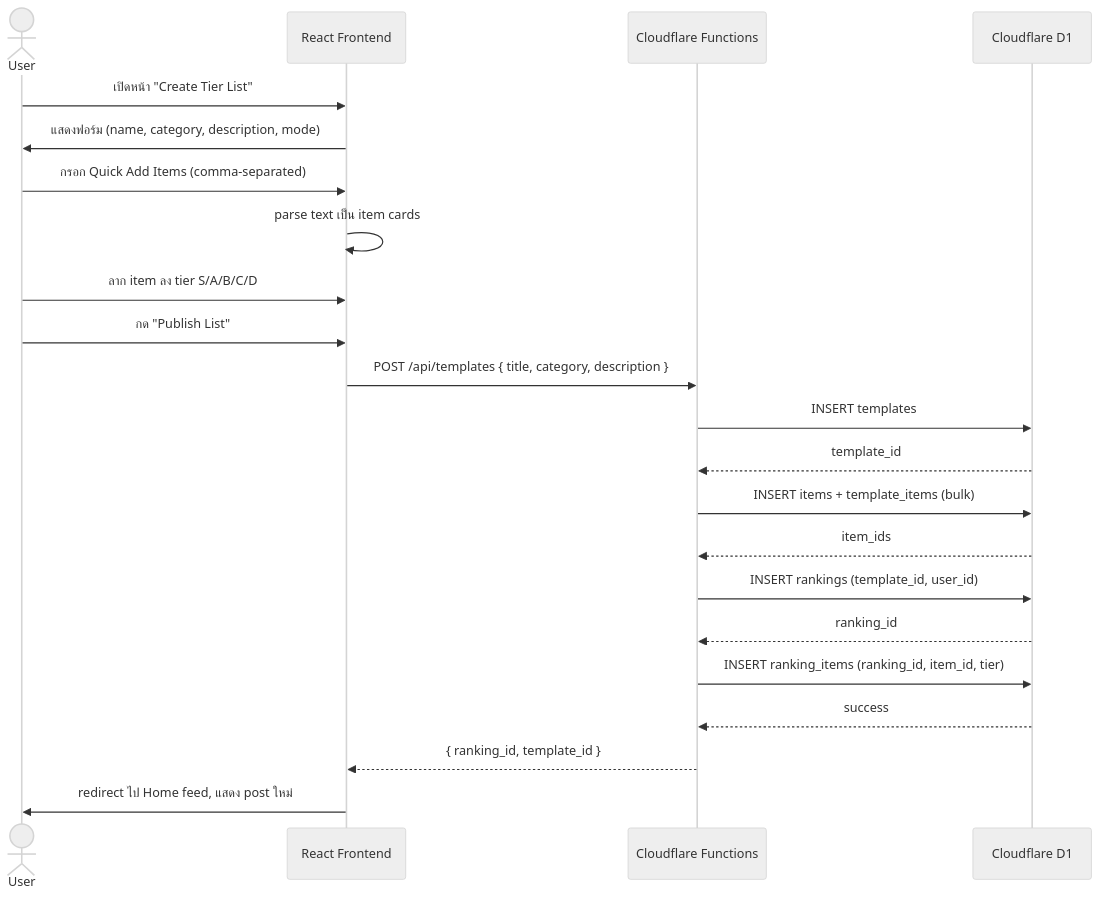
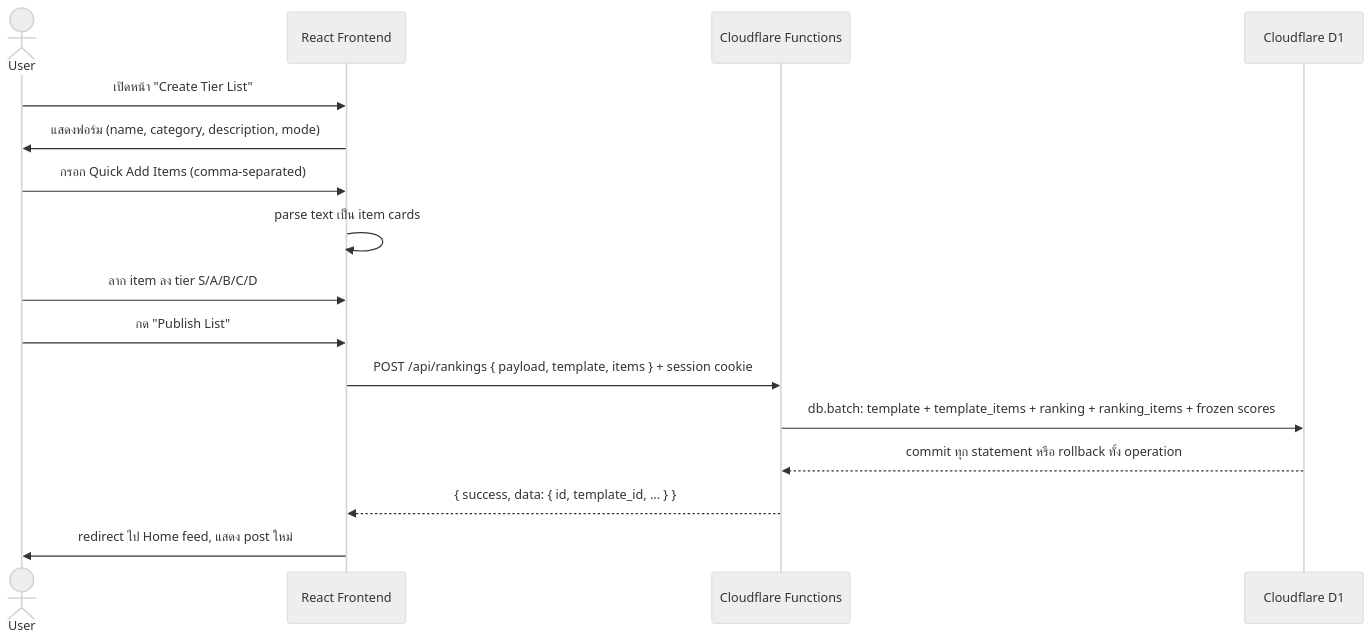
One commit to Altroria-Art/Tear-of-God changed the third of 4 diagrams in SDS.md. Above: the diagram before and after it, drawn with Mermaid (neutral theme). The commit also changed other lines of this file and 13 other files, not shown here.

````diff
--- a/SDS.md
+++ b/SDS.md
@@ -372,25 +375,19 @@
 ```mermaid
 sequenceDiagram
     actor U as User
     participant FE as React Frontend
     participant FN as Cloudflare Functions
     participant D1 as Cloudflare D1
 
     U->>FE: เปิดหน้า "Create Tier List"
     FE->>U: แสดงฟอร์ม (name, category, description, mode)
     U->>FE: กรอก Quick Add Items (comma-separated)
     FE->>FE: parse text เป็น item cards
     U->>FE: ลาก item ลง tier S/A/B/C/D
     U->>FE: กด "Publish List"
-    FE->>FN: POST /api/templates { title, category, description }
-    FN->>D1: INSERT templates
-    D1-->>FN: template_id
-    FN->>D1: INSERT items + template_items (bulk)
-    D1-->>FN: item_ids
-    FN->>D1: INSERT rankings (template_id, user_id)
-    D1-->>FN: ranking_id
-    FN->>D1: INSERT ranking_items (ranking_id, item_id, tier)
-    D1-->>FN: success
-    FN-->>FE: { ranking_id, template_id }
+    FE->>FN: POST /api/rankings { payload, template, items } + session cookie
+    FN->>D1: db.batch: template + template_items + ranking + ranking_items + frozen scores
+    D1-->>FN: commit ทุก statement หรือ rollback ทั้ง operation
+    FN-->>FE: { success, data: { id, template_id, ... } }
     FE->>U: redirect ไป Home feed, แสดง post ใหม่
 ```
````
